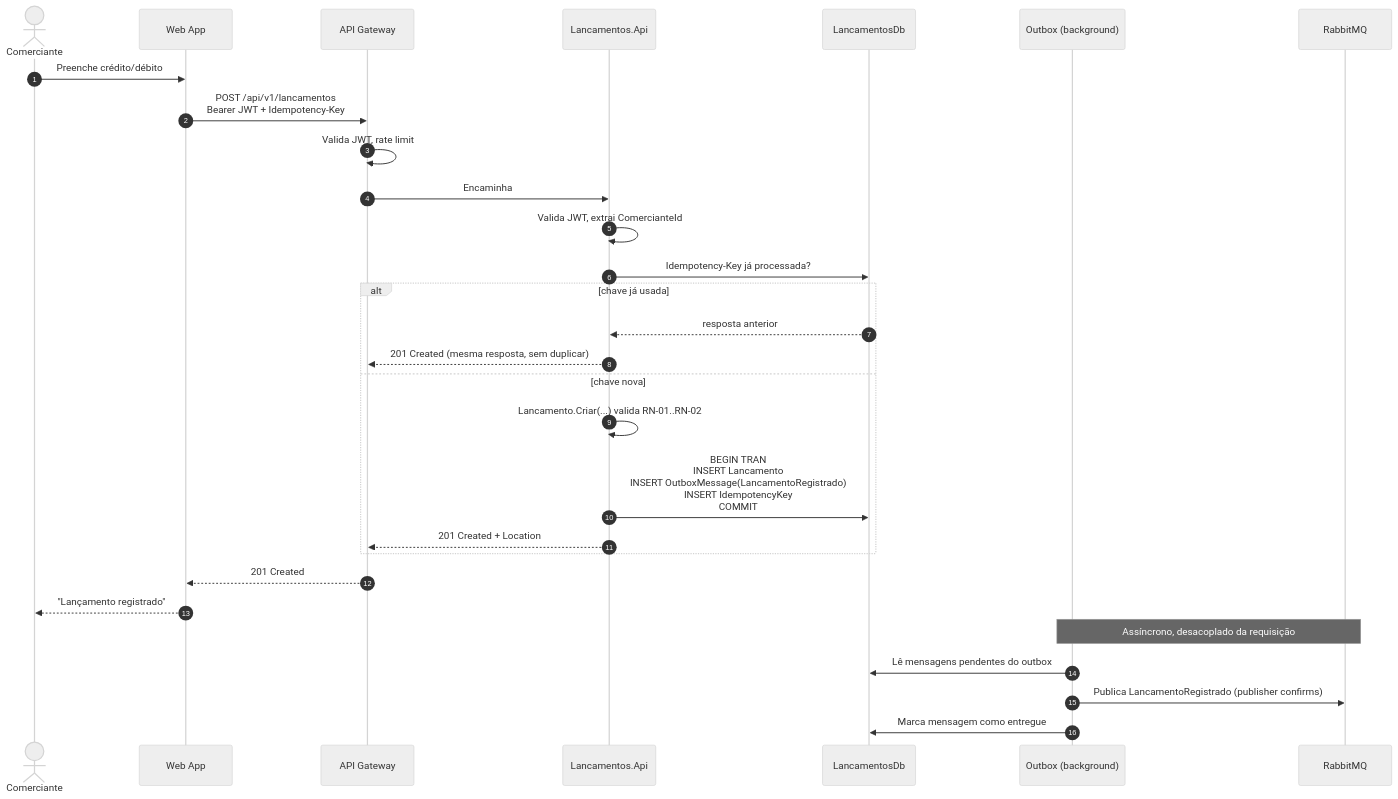
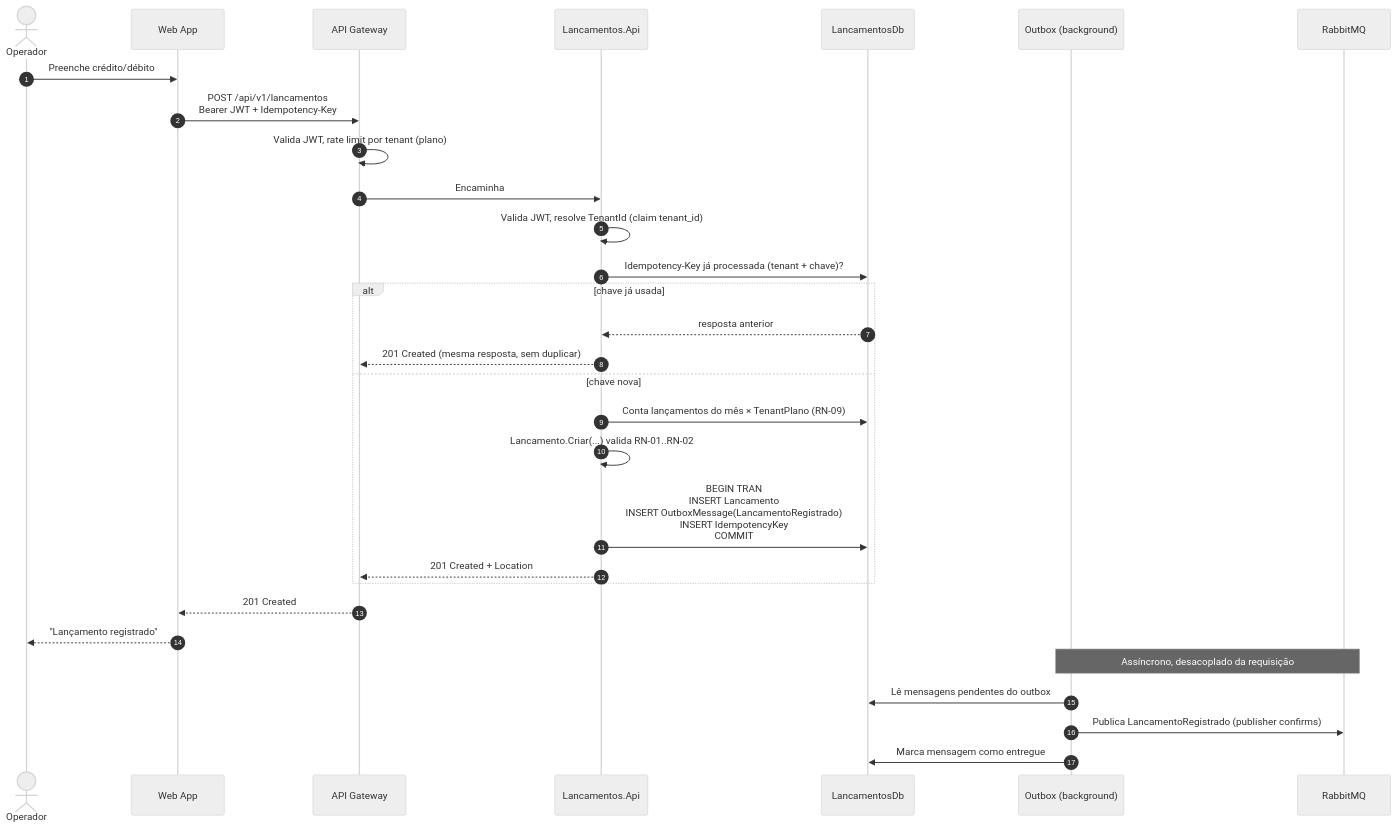
One commit to igorwaterloo/Verx-desafio20260922 changed the first of 13 diagrams in docs/architecture/fluxos.md. Above: the diagram before and after it, drawn with Mermaid (neutral theme). The commit also changed other lines of this file and 1 other file, not shown here.

````diff
--- a/docs/architecture/fluxos.md
+++ b/docs/architecture/fluxos.md
@@ -20,33 +25,34 @@
 ```mermaid
 sequenceDiagram
     autonumber
-    actor C as Comerciante
+    actor C as Operador
     participant W as Web App
     participant G as API Gateway
     participant L as Lancamentos.Api
     participant DB as LancamentosDb
     participant O as Outbox (background)
     participant MQ as RabbitMQ
 
     C->>W: Preenche crédito/débito
     W->>G: POST /api/v1/lancamentos<br/>Bearer JWT + Idempotency-Key
-    G->>G: Valida JWT, rate limit
+    G->>G: Valida JWT, rate limit por tenant (plano)
     G->>L: Encaminha
-    L->>L: Valida JWT, extrai ComercianteId
-    L->>DB: Idempotency-Key já processada?
+    L->>L: Valida JWT, resolve TenantId (claim tenant_id)
+    L->>DB: Idempotency-Key já processada (tenant + chave)?
     alt chave já usada
         DB-->>L: resposta anterior
         L-->>G: 201 Created (mesma resposta, sem duplicar)
     else chave nova
+        L->>DB: Conta lançamentos do mês × TenantPlano (RN-09)
         L->>L: Lancamento.Criar(...) valida RN-01..RN-02
         L->>DB: BEGIN TRAN<br/>INSERT Lancamento<br/>INSERT OutboxMessage(LancamentoRegistrado)<br/>INSERT IdempotencyKey<br/>COMMIT
         L-->>G: 201 Created + Location
     end
     G-->>W: 201 Created
     W-->>C: "Lançamento registrado"
 
     Note over O,MQ: Assíncrono, desacoplado da requisição
     O->>DB: Lê mensagens pendentes do outbox
     O->>MQ: Publica LancamentoRegistrado (publisher confirms)
     O->>DB: Marca mensagem como entregue
 ```
````
